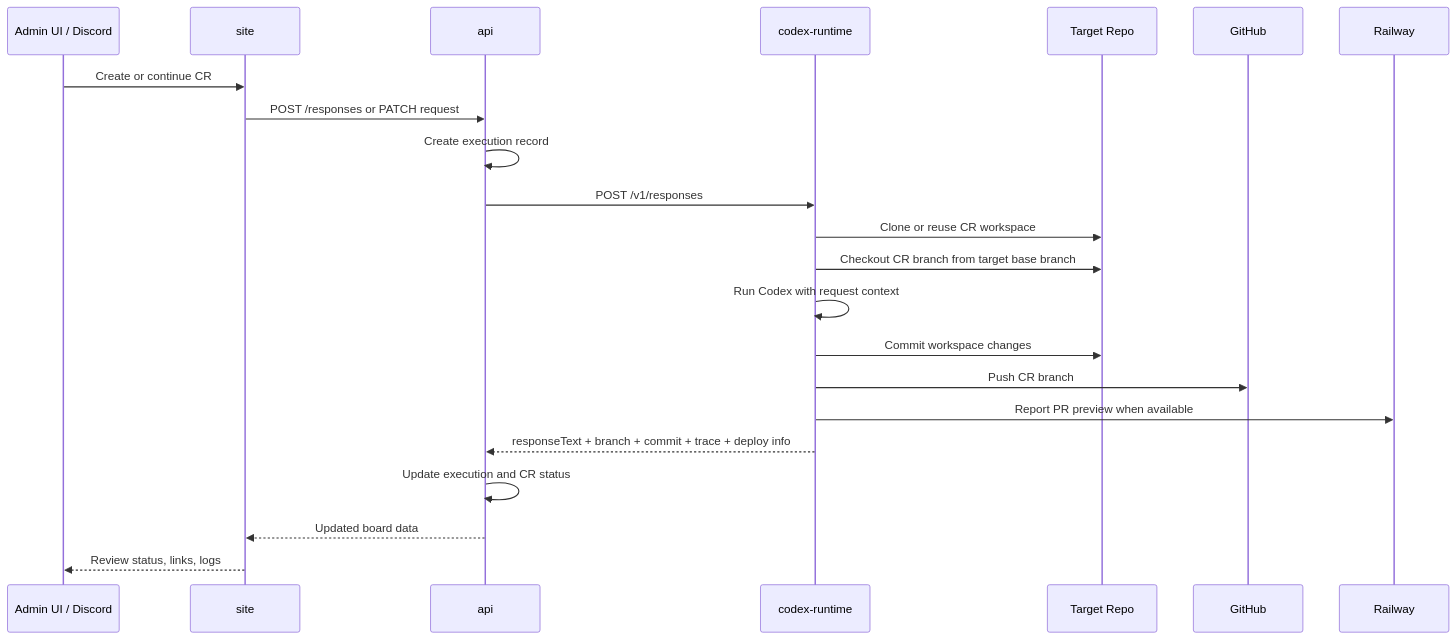
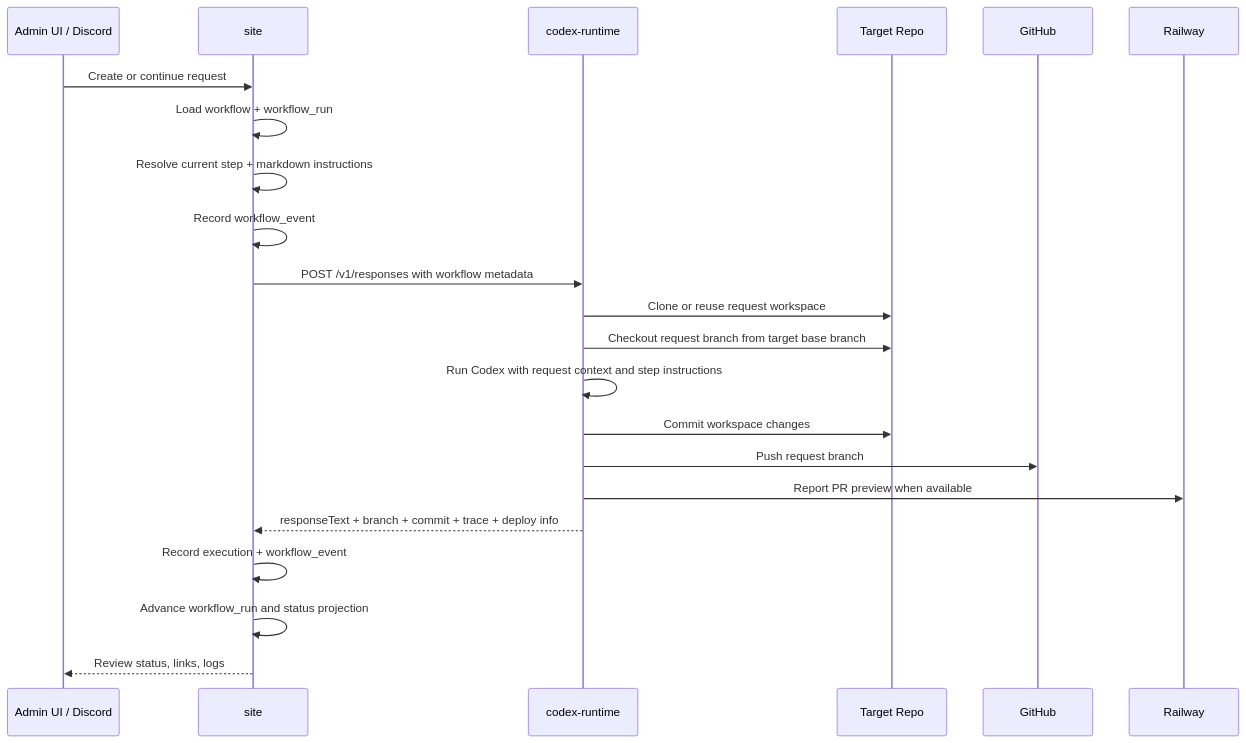
The third of 7 diagrams in docs/change-request-flow.md (superprismio/prism-railway-template), drawn with Mermaid before and after one commit. The commit also changed other lines of this file and 29 other files, not shown here.

Commit message:
Add workflow-backed request foundation

````diff
--- a/docs/change-request-flow.md
+++ b/docs/change-request-flow.md
@@ -53,25 +59,25 @@
 ```mermaid
 sequenceDiagram
     participant Admin as Admin UI / Discord
     participant Site as site
-    participant API as api
     participant Runtime as codex-runtime
     participant Repo as Target Repo
     participant GH as GitHub
     participant Railway as Railway
 
-    Admin->>Site: Create or continue CR
-    Site->>API: POST /responses or PATCH request
-    API->>API: Create execution record
-    API->>Runtime: POST /v1/responses
-    Runtime->>Repo: Clone or reuse CR workspace
-    Runtime->>Repo: Checkout CR branch from target base branch
-    Runtime->>Runtime: Run Codex with request context
+    Admin->>Site: Create or continue request
+    Site->>Site: Load workflow + workflow_run
+    Site->>Site: Resolve current step + markdown instructions
+    Site->>Site: Record workflow_event
+    Site->>Runtime: POST /v1/responses with workflow metadata
+    Runtime->>Repo: Clone or reuse request workspace
+    Runtime->>Repo: Checkout request branch from target base branch
+    Runtime->>Runtime: Run Codex with request context and step instructions
     Runtime->>Repo: Commit workspace changes
-    Runtime->>GH: Push CR branch
+    Runtime->>GH: Push request branch
     Runtime->>Railway: Report PR preview when available
-    Runtime-->>API: responseText + branch + commit + trace + deploy info
-    API->>API: Update execution and CR status
-    API-->>Site: Updated board data
+    Runtime-->>Site: responseText + branch + commit + trace + deploy info
+    Site->>Site: Record execution + workflow_event
+    Site->>Site: Advance workflow_run and status projection
     Site-->>Admin: Review status, links, logs
 ```
````
